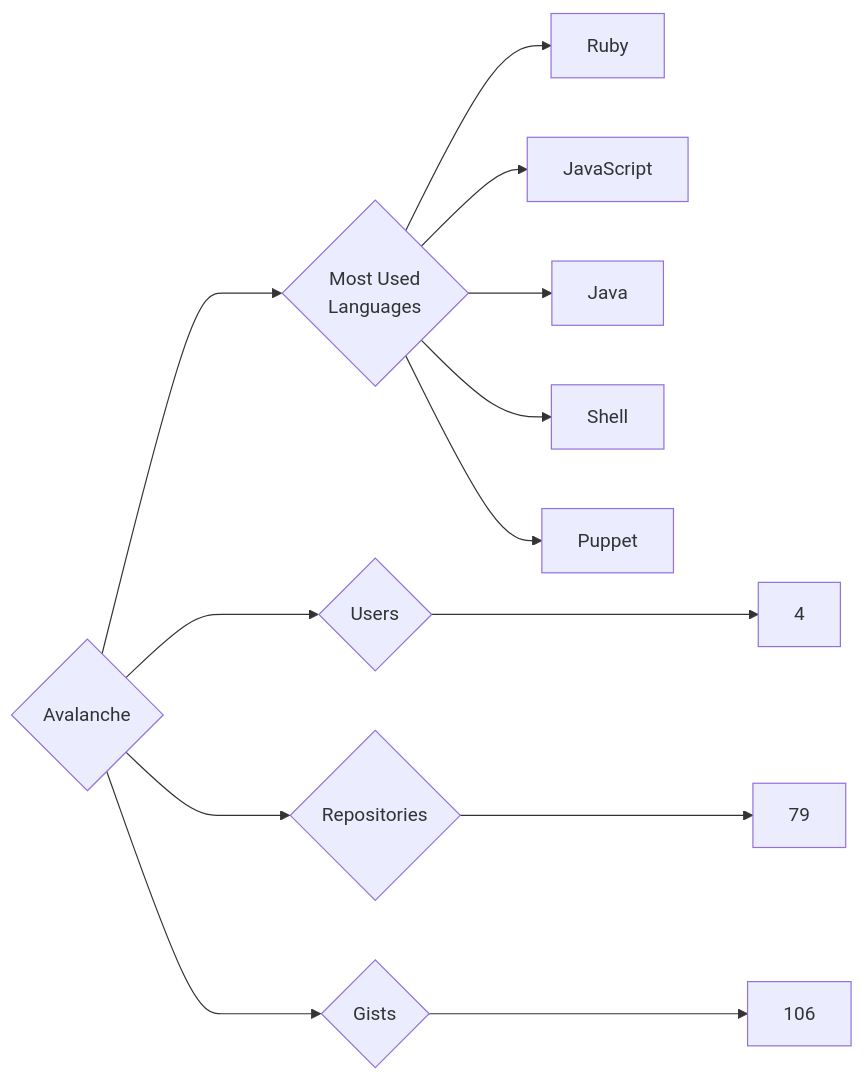
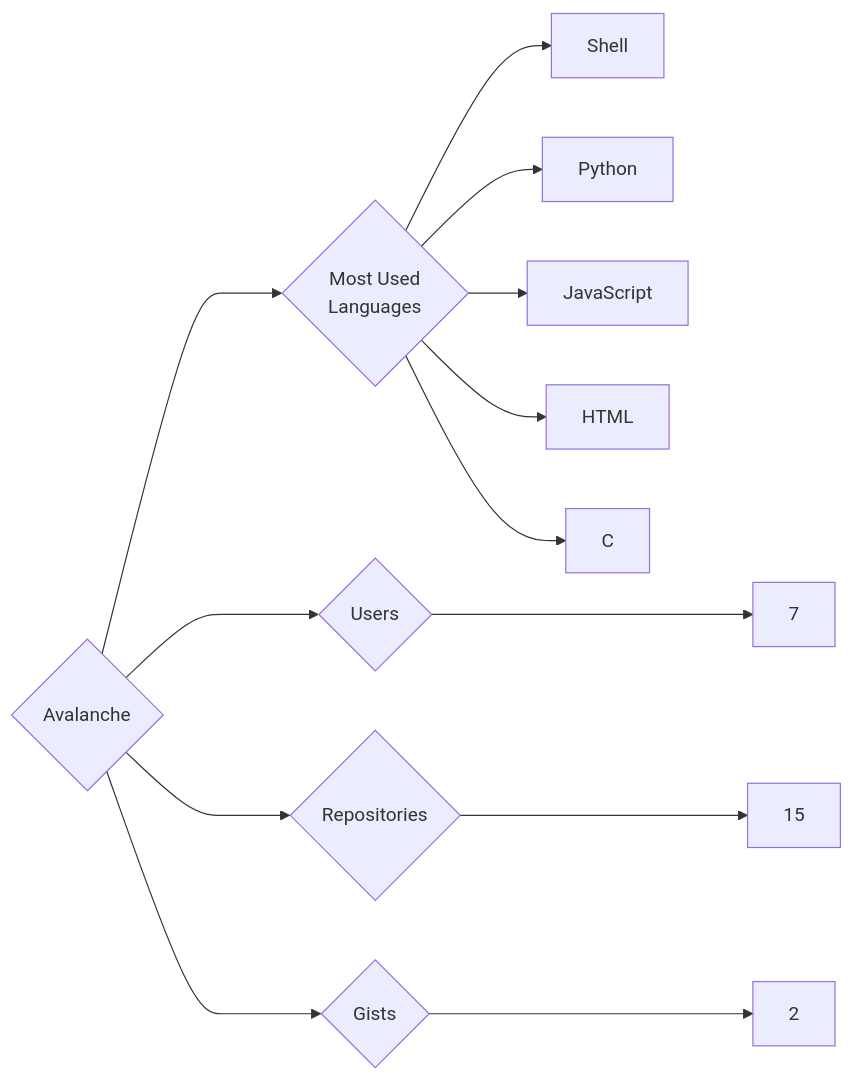
The diagram in targets/Avalanche/README.md (trickest/insiders), drawn with Mermaid before and after one commit. The commit also changed 1238 other files, not shown here.

````diff
--- a/targets/Avalanche/README.md
+++ b/targets/Avalanche/README.md
@@ -3,13 +3,13 @@
 ```mermaid
 graph LR
 COMPANY_NAME{Avalanche}
-COMPANY_NAME ---> U{Users} ---> UN[4]
-COMPANY_NAME ---> R{Repositories} ---> RN[79]
-COMPANY_NAME ---> G{Gists} ---> GN[106]
+COMPANY_NAME ---> U{Users} ---> UN[7]
+COMPANY_NAME ---> R{Repositories} ---> RN[15]
+COMPANY_NAME ---> G{Gists} ---> GN[2]
 COMPANY_NAME ---> ML{Most Used<br>Languages}
-ML --> Ruby[Ruby]
+ML --> Shell[Shell]
+ML --> Python[Python]
 ML --> JavaScript[JavaScript]
-ML --> Java[Java]
-ML --> Shell[Shell]
-ML --> Puppet[Puppet]
+ML --> HTML[HTML]
+ML --> C[C]
 ```
````
